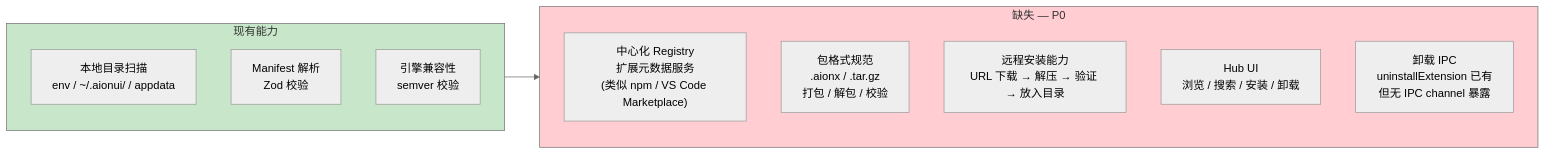
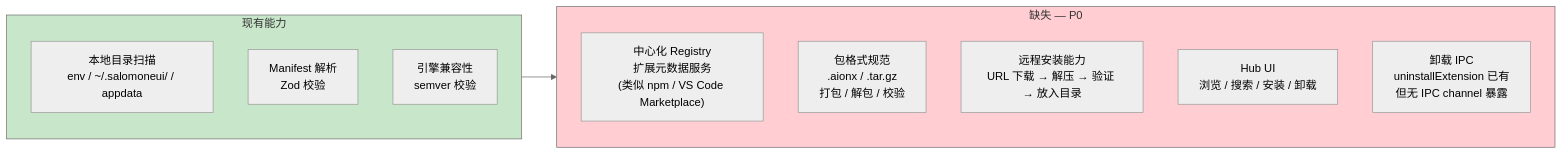
Before and after one commit to fsalamoni/omni-workspace: the second of 4 diagrams in frontend/docs/specs/extension-market/research/gap-analysis.md, drawn with Mermaid (neutral theme). The commit also changed other lines of this file and 1160 other files, not shown here.

````diff
--- a/frontend/docs/specs/extension-market/research/gap-analysis.md
+++ b/frontend/docs/specs/extension-market/research/gap-analysis.md
@@ -120,21 +120,21 @@
 ```mermaid
 flowchart LR
   subgraph current["现有能力"]
-    LocalScan["本地目录扫描\nenv / ~/.aionui/ / appdata"]
+    LocalScan["本地目录扫描\nenv / ~/.salomoneui/ / appdata"]
     ManifestParse["Manifest 解析\nZod 校验"]
     EngineCheck["引擎兼容性\nsemver 校验"]
   end
 
   subgraph missing_p0["缺失 — P0"]
     Registry["中心化 Registry\n扩展元数据服务\n(类似 npm / VS Code Marketplace)"]
     PackFormat["包格式规范\n.aionx / .tar.gz\n打包 / 解包 / 校验"]
     RemoteInstall["远程安装能力\nURL 下载 → 解压 → 验证 → 放入目录"]
     HubUI["Hub UI\n浏览 / 搜索 / 安装 / 卸载"]
     UninstallIPC["卸载 IPC\nuninstallExtension 已有\n但无 IPC channel 暴露"]
   end
 
   current --> missing_p0
 
   style current fill:#c8e6c9
   style missing_p0 fill:#ffcdd2
 ```
````
